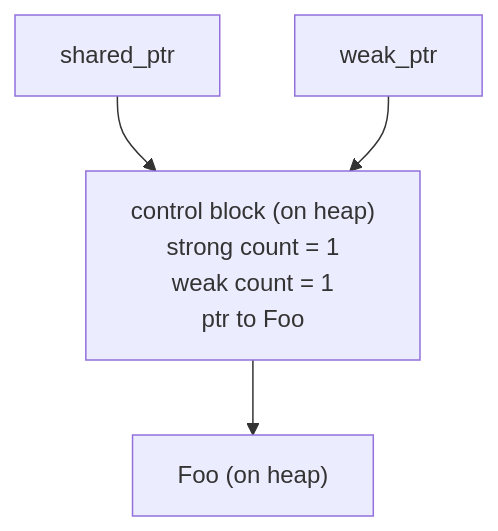
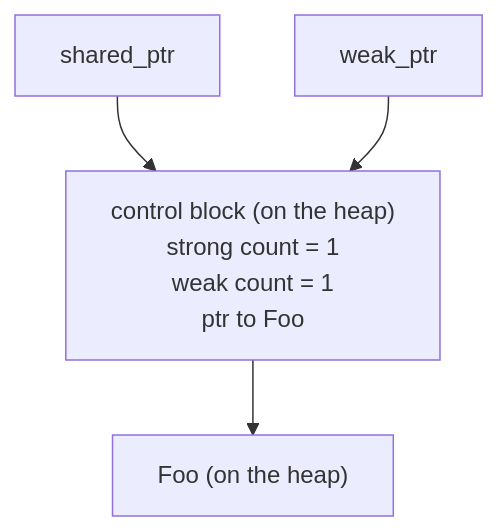
The diagram in documents/en/vol9-open-source-project-learn/chrome/02_weak_ptr/full/pre-00-weak-ptr-weak-reference-and-lifetime.md (Awesome-Embedded-Learning-Studio/Tutorial_AwesomeModernCPP), drawn with Mermaid before and after one commit. The commit also changed other lines of this file and 605 other files, not shown here.

````diff
--- a/documents/en/vol9-open-source-project-learn/chrome/02_weak_ptr/full/pre-00-weak-ptr-weak-reference-and-lifetime.md
+++ b/documents/en/vol9-open-source-project-learn/chrome/02_weak_ptr/full/pre-00-weak-ptr-weak-reference-and-lifetime.md
@@ -80,10 +86,10 @@
 ```mermaid
 flowchart TB
     SP["shared_ptr"]
     WP["weak_ptr"]
-    CB["control block (on heap)<br/>strong count = 1<br/>weak count = 1<br/>ptr to Foo"]
-    Foo["Foo (on heap)"]
+    CB["control block (on the heap)<br/>strong count = 1<br/>weak count = 1<br/>ptr to Foo"]
+    Foo["Foo (on the heap)"]
     SP --> CB
     WP --> CB
     CB --> Foo
 ```
````
